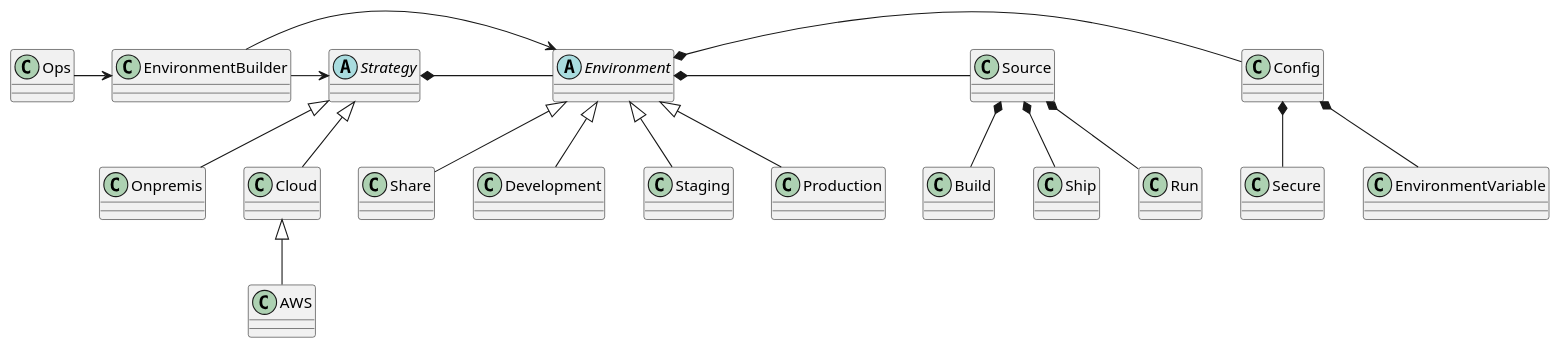
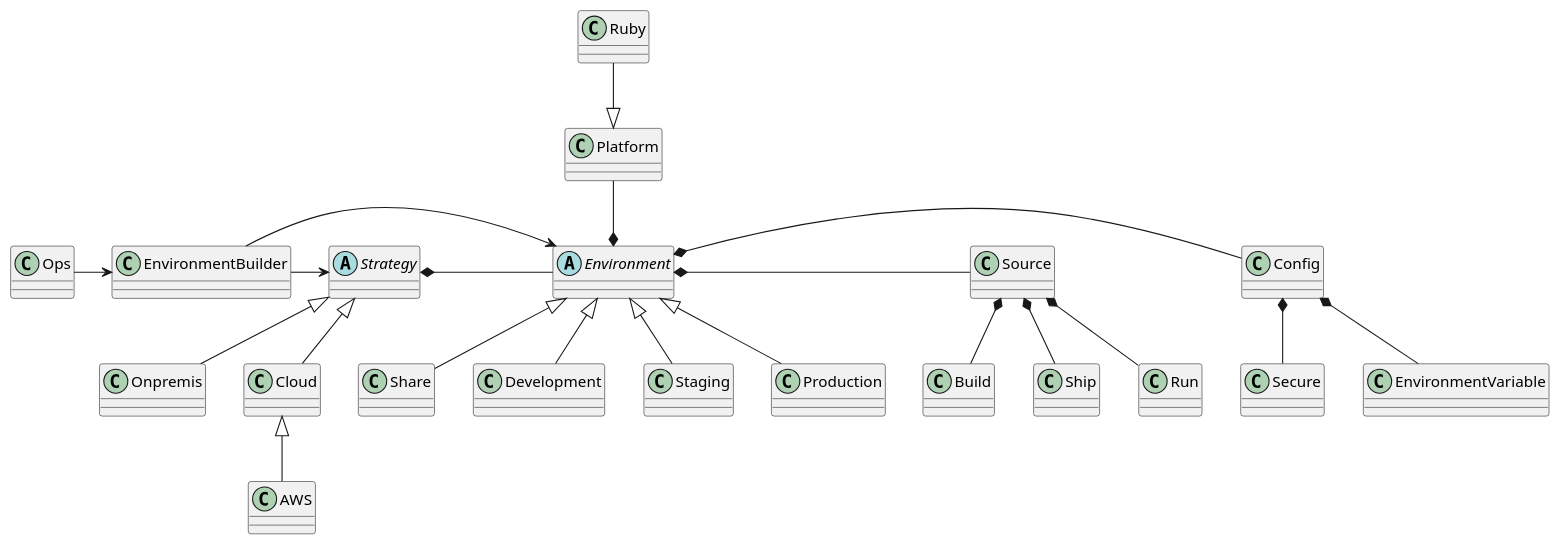
One commit to k2works/etude_for_ops changed the second of 2 diagrams in docs/_spec.md. Above: the diagram before and after it, drawn with PlantUML. The commit also changed 11 other files, not shown here.

````diff
--- a/docs/_spec.md
+++ b/docs/_spec.md
@@ -37,36 +37,39 @@
 ```puml
 Environment <|-- Development
 Environment <|-- Staging
 Environment <|-- Production
 Environment <|-- Share
 Environment *--r Config
 Environment *--r Source
 Source *-- Build
 Source *-- Ship
 Source *-- Run
 Config *-- EnvironmentVariable
 Config *-- Secure
 Strategy <|-- Onpremis
 Strategy <|-- Cloud
 Strategy *--r Environment
+Environment *--u Platform
+Platform <|--u Ruby
 Ops --r> EnvironmentBuilder
 EnvironmentBuilder --r> Environment
 EnvironmentBuilder --r> Strategy
 Cloud <|-- AWS
 
 class Ops
 abstract Environment
 class Development
 class Staging
 class Production
 abstract Strategy
 class Share
 class Config
 class Source
 class Build
 class Ship
 class Run
 class Onpremis
 class Cloud
 class AWS
+class Platform
 ```
````
